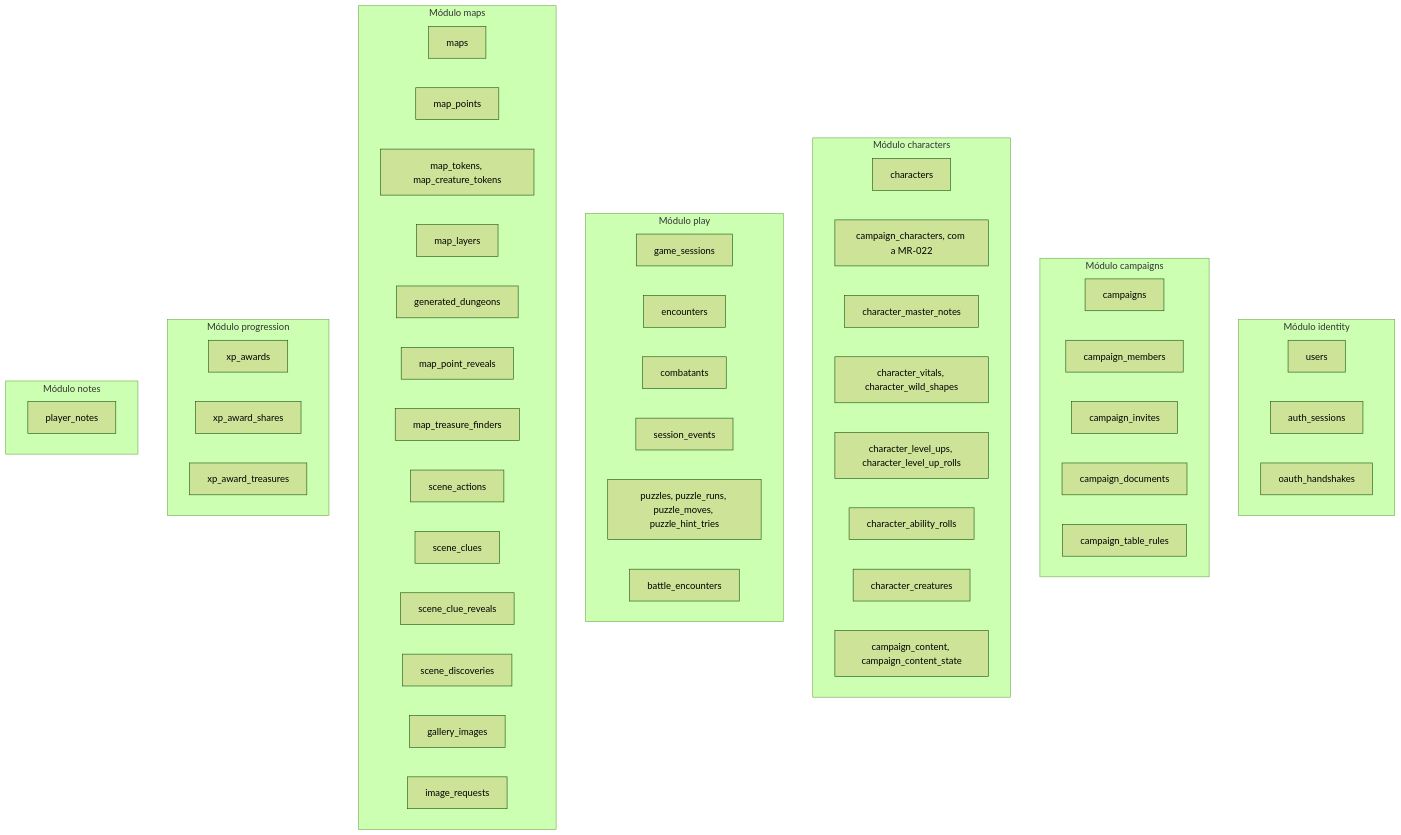
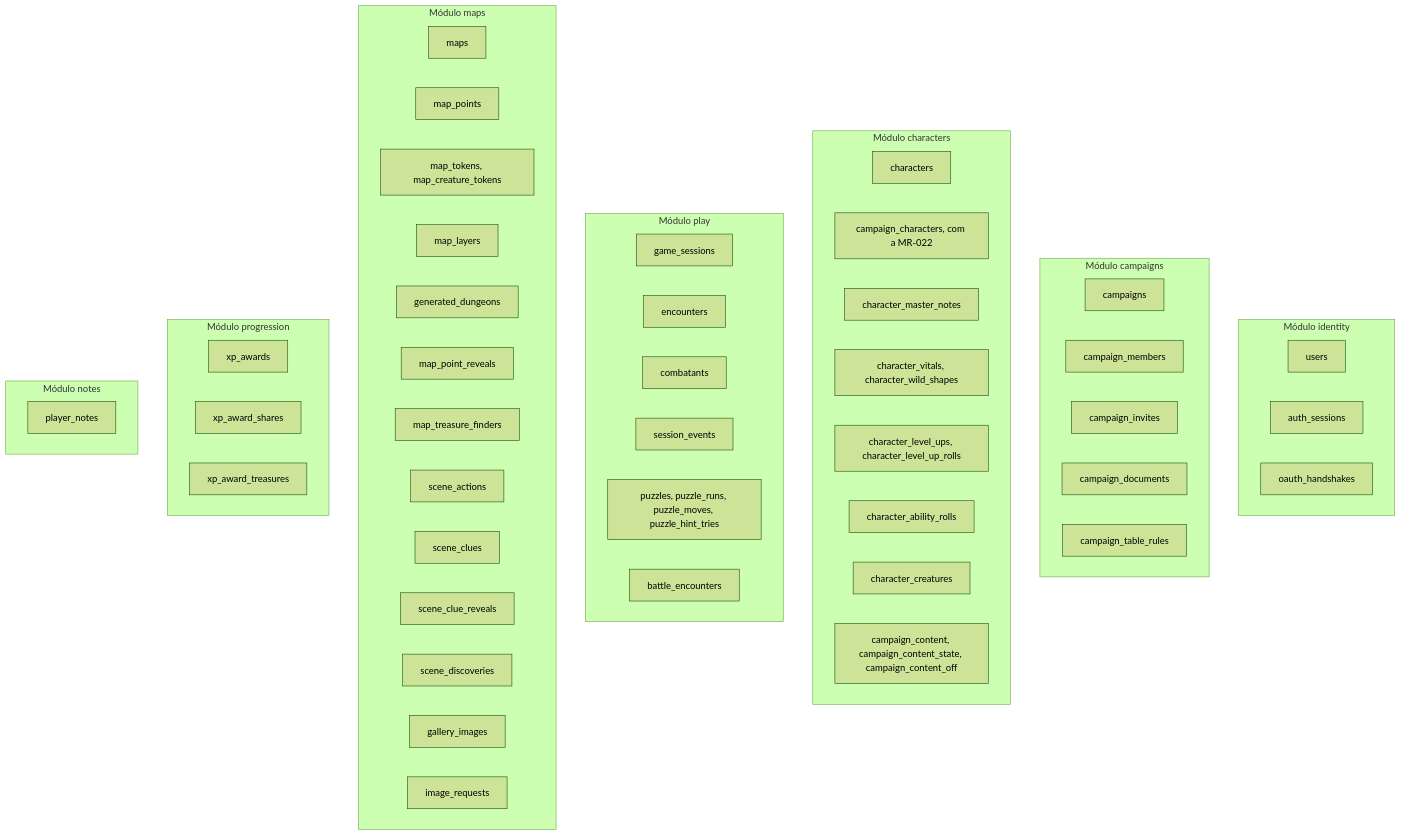
Before and after one commit to PuraFome/meuRPG: the second of 3 diagrams in docs/dados.md, drawn with Mermaid (forest theme). The commit also changed other lines of this file and 47 other files, not shown here.

````diff
--- a/docs/dados.md
+++ b/docs/dados.md
@@ -321,62 +321,62 @@
 ```mermaid
 flowchart TD
     subgraph identity["Módulo identity"]
         t_users["users"]
         t_auth_sessions["auth_sessions"]
         t_oauth_handshakes["oauth_handshakes"]
     end
 
     subgraph campaigns_mod["Módulo campaigns"]
         t_campaigns["campaigns"]
         t_campaign_members["campaign_members"]
         t_campaign_invites["campaign_invites"]
         t_campaign_documents["campaign_documents"]
         t_campaign_table_rules["campaign_table_rules"]
     end
 
     subgraph characters_mod["Módulo characters"]
         t_characters["characters"]
         t_campaign_characters["campaign_characters, com a MR-022"]
         t_character_master_notes["character_master_notes"]
         t_character_vitals["character_vitals, character_wild_shapes"]
         t_character_level_ups["character_level_ups, character_level_up_rolls"]
         t_character_ability_rolls["character_ability_rolls"]
         t_character_creatures["character_creatures"]
-        t_campaign_content["campaign_content, campaign_content_state"]
+        t_campaign_content["campaign_content, campaign_content_state, campaign_content_off"]
     end
 
     subgraph play["Módulo play"]
         t_game_sessions["game_sessions"]
         t_encounters["encounters"]
         t_combatants["combatants"]
         t_session_events["session_events"]
         t_puzzles["puzzles, puzzle_runs, puzzle_moves, puzzle_hint_tries"]
         t_battle_encounters["battle_encounters"]
     end
 
     subgraph maps_mod["Módulo maps"]
         t_maps["maps"]
         t_map_points["map_points"]
         t_map_tokens["map_tokens, map_creature_tokens"]
         t_map_layers["map_layers"]
         t_generated_dungeons["generated_dungeons"]
         t_map_point_reveals["map_point_reveals"]
         t_map_treasure_finders["map_treasure_finders"]
         t_scene_actions["scene_actions"]
         t_scene_clues["scene_clues"]
         t_scene_clue_reveals["scene_clue_reveals"]
         t_scene_discoveries["scene_discoveries"]
         t_gallery_images["gallery_images"]
         t_image_requests["image_requests"]
     end
 
     subgraph progression["Módulo progression"]
         t_xp_awards["xp_awards"]
         t_xp_award_shares["xp_award_shares"]
         t_xp_award_treasures["xp_award_treasures"]
     end
 
     subgraph notes_mod["Módulo notes"]
         t_player_notes["player_notes"]
     end
 ```
````
